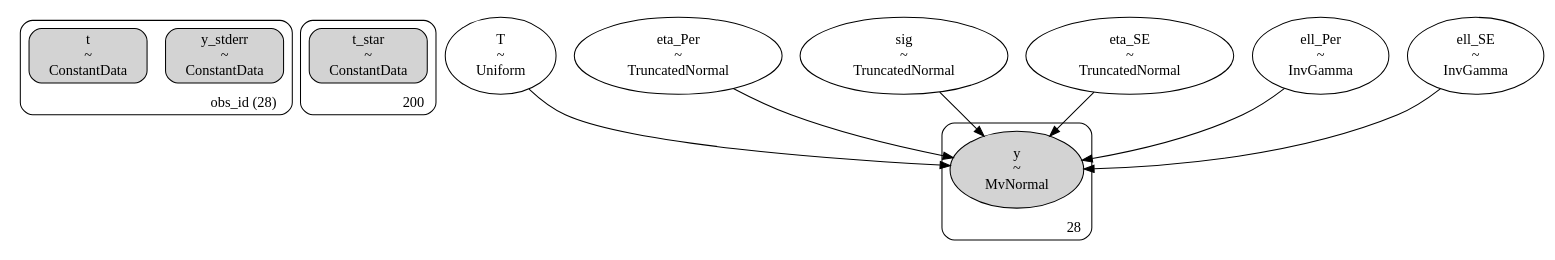
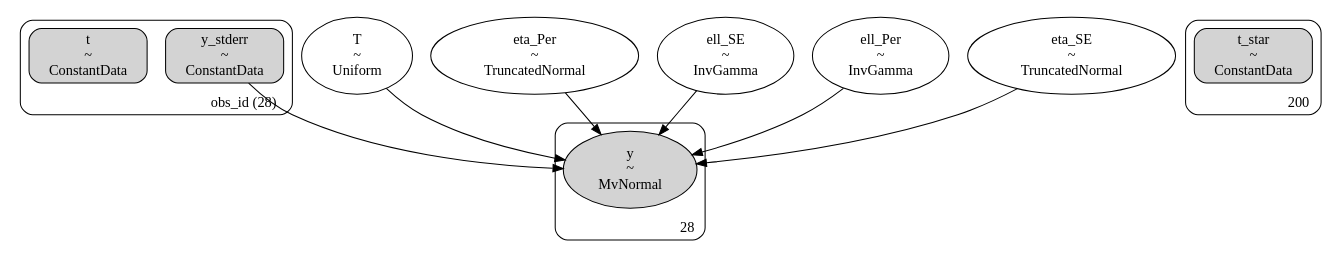
The diagram in dags/80_ra271.352_dec-29.642_MAXIJ1803TraPDB_andersson_gpSE_gpPer_dag.dot (shihchingfu/gp-sandbox-thunderkat), drawn with Graphviz before and after one commit. The commit also changed 21 other files, not shown here.

```diff
--- a/dags/80_ra271.352_dec-29.642_MAXIJ1803TraPDB_andersson_gpSE_gpPer_dag.dot
+++ b/dags/80_ra271.352_dec-29.642_MAXIJ1803TraPDB_andersson_gpSE_gpPer_dag.dot
@@ -1,47 +1,44 @@
 digraph {
 	subgraph "clusterobs_id (28)" {
 		y_stderr [label="y_stderr
 ~
 ConstantData" shape=box style="rounded, filled"]
 		t [label="t
 ~
 ConstantData" shape=box style="rounded, filled"]
 		label="obs_id (28)" labeljust=r labelloc=b style=rounded
 	}
 	subgraph cluster200 {
 		t_star [label="t_star
 ~
 ConstantData" shape=box style="rounded, filled"]
 		label=200 labeljust=r labelloc=b style=rounded
 	}
 	T [label="T
 ~
 Uniform" shape=ellipse]
 	eta_Per [label="eta_Per
 ~
 TruncatedNormal" shape=ellipse]
-	sig [label="sig
+	ell_SE [label="ell_SE
 ~
-TruncatedNormal" shape=ellipse]
+InvGamma" shape=ellipse]
+	ell_Per [label="ell_Per
+~
+InvGamma" shape=ellipse]
 	eta_SE [label="eta_SE
 ~
 TruncatedNormal" shape=ellipse]
-	ell_Per [label="ell_Per
-~
-InvGamma" shape=ellipse]
-	ell_SE [label="ell_SE
-~
-InvGamma" shape=ellipse]
 	subgraph cluster28 {
 		y [label="y
 ~
 MvNormal" shape=ellipse style=filled]
 		label=28 labeljust=r labelloc=b style=rounded
 	}
-	sig -> y
+	ell_SE -> y
 	T -> y
+	eta_Per -> y
+	y_stderr -> y
+	ell_Per -> y
 	eta_SE -> y
-	ell_Per -> y
-	eta_Per -> y
-	ell_SE -> y
 }
```
